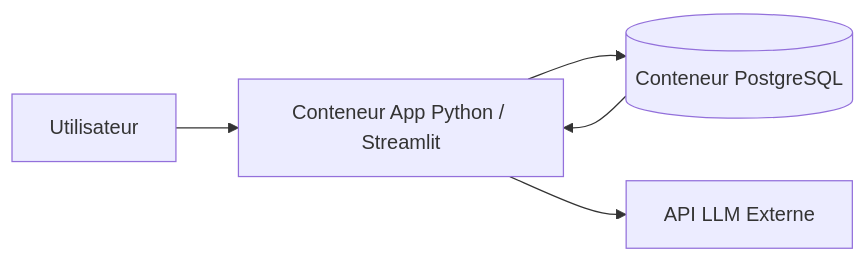
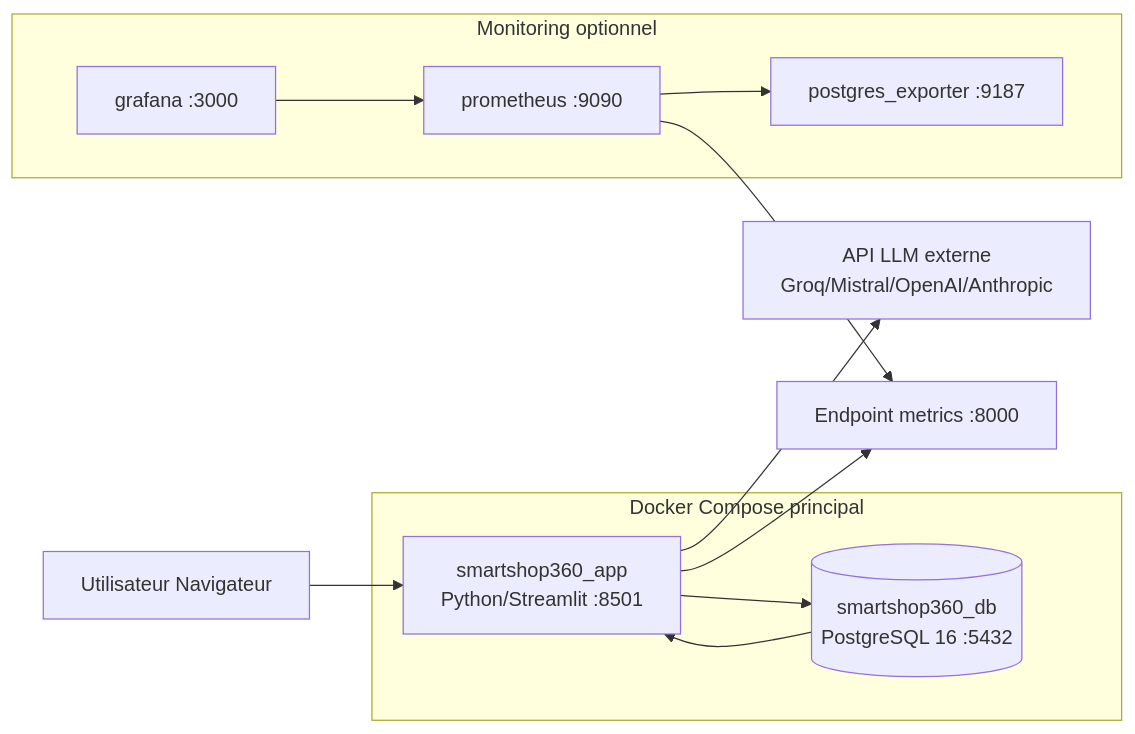
One commit to Daoudielhassan/smartshop360 changed the diagram in subject/livrables/04_architecture_physique.mmd. Above: the diagram before and after it, drawn with Mermaid. The commit also changed 13 other files, not shown here.

```diff
--- a/subject/livrables/04_architecture_physique.mmd
+++ b/subject/livrables/04_architecture_physique.mmd
@@ -1,5 +1,21 @@
 flowchart LR
-    USER[Utilisateur] --> APP[Conteneur App Python / Streamlit]
-    APP --> DB[(Conteneur PostgreSQL)]
-    APP --> LLM[API LLM Externe]
-    DB --> APP
+        U[Utilisateur Navigateur] --> APP[smartshop360_app\nPython/Streamlit :8501]
+
+        subgraph CORE[Docker Compose principal]
+            APP
+            DB[(smartshop360_db\nPostgreSQL 16 :5432)]
+        end
+
+        subgraph MON[Monitoring optionnel]
+            PM[prometheus :9090]
+            GF[grafana :3000]
+            PGE[postgres_exporter :9187]
+        end
+
+        APP --> DB
+        DB --> APP
+        APP --> LLM[API LLM externe\nGroq/Mistral/OpenAI/Anthropic]
+        APP --> MET[Endpoint metrics :8000]
+        PM --> MET
+        PM --> PGE
+        GF --> PM
```
